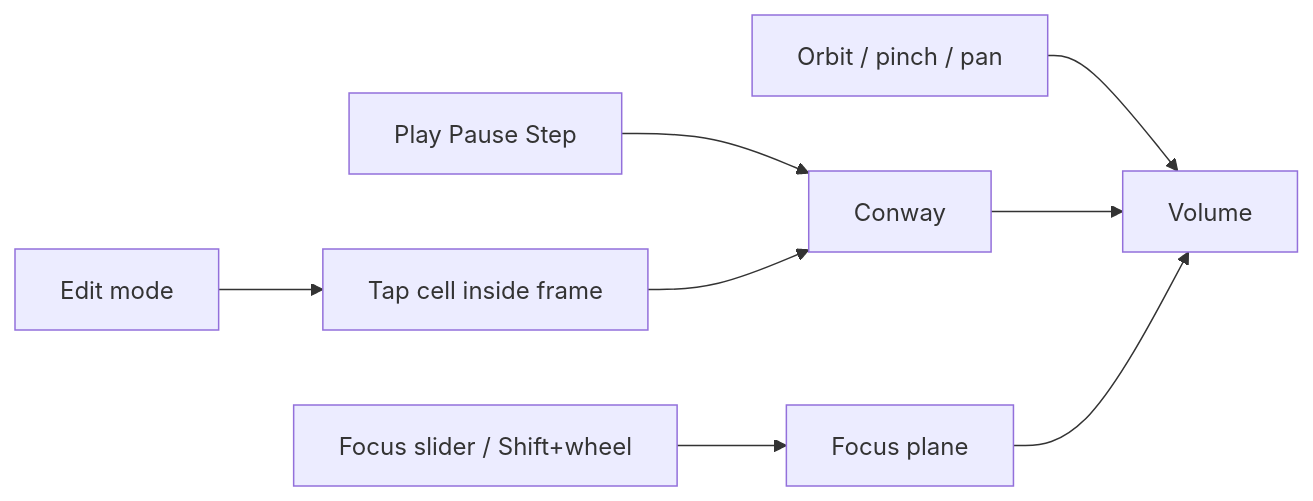
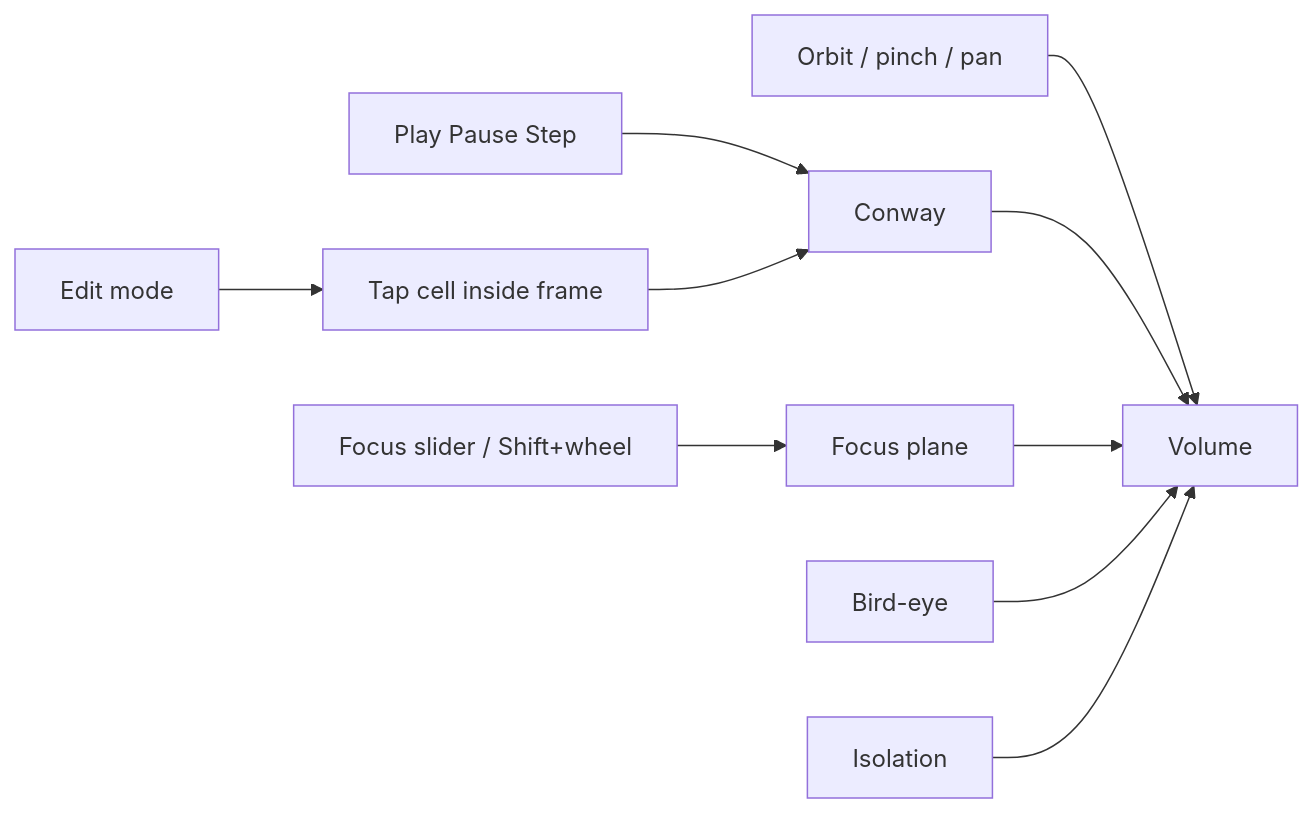
Before and after one commit to PiMaV/DONNER: the diagram in docs/gui.md, drawn with Mermaid. The commit also changed other lines of this file and 15 other files, not shown here.

Commit message:
Add bird-eye, isolation, and on-volume time scrub so the stack is readable as a 2D slice, a worldline pillar, or by dragging the time axis.

````diff
--- a/docs/gui.md
+++ b/docs/gui.md
@@ -8,10 +8,12 @@
 ```mermaid
 flowchart LR
   orbit[Orbit / pinch / pan] --> scene[Volume]
   play[Play Pause Step] --> sim[Conway]
   sim --> scene
   scrub[Focus slider / Shift+wheel] --> plane[Focus plane]
   plane --> scene
   edit[Edit mode] --> paint[Tap cell inside frame]
   paint --> sim
+  bird[Bird-eye] --> scene
+  iso[Isolation] --> scene
 ```
````
